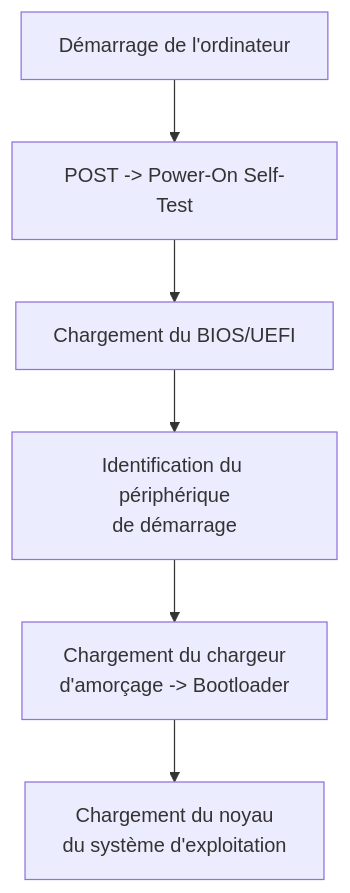
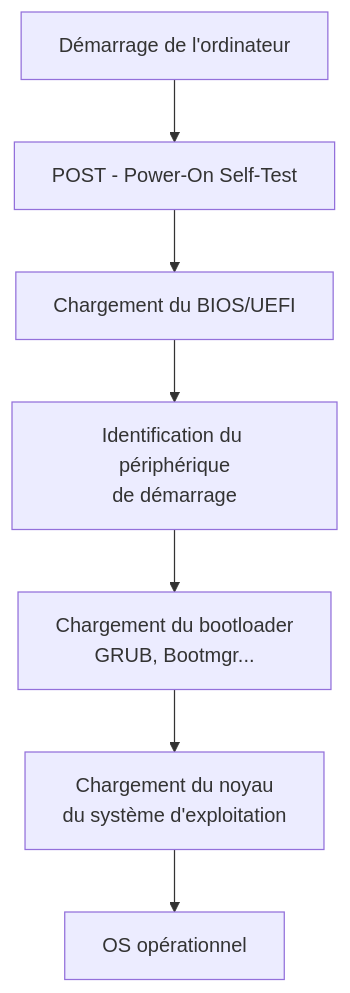
One commit to MMarchand-NSI/MMarchand-NSI.github.io changed the diagram in docs/premiere/architecture/os.md. Above: the diagram before and after it, drawn with Mermaid. The commit also changed other lines of this file and 1 other file, not shown here.

````diff
--- a/docs/premiere/architecture/os.md
+++ b/docs/premiere/architecture/os.md
@@ -32,8 +57,9 @@
 ```mermaid
 graph TD
-    A[Démarrage de l'ordinateur] --> B[POST -> Power-On Self-Test]
+    A[Démarrage de l'ordinateur] --> B[POST - Power-On Self-Test]
     B --> C[Chargement du BIOS/UEFI]
     C --> D[Identification du périphérique<br>de démarrage]
-    D --> E[Chargement du chargeur<br>d'amorçage -> Bootloader]
+    D --> E[Chargement du bootloader<br>GRUB, Bootmgr...]
     E --> F[Chargement du noyau<br>du système d'exploitation]
+    F --> G[OS opérationnel]
 ```
````
